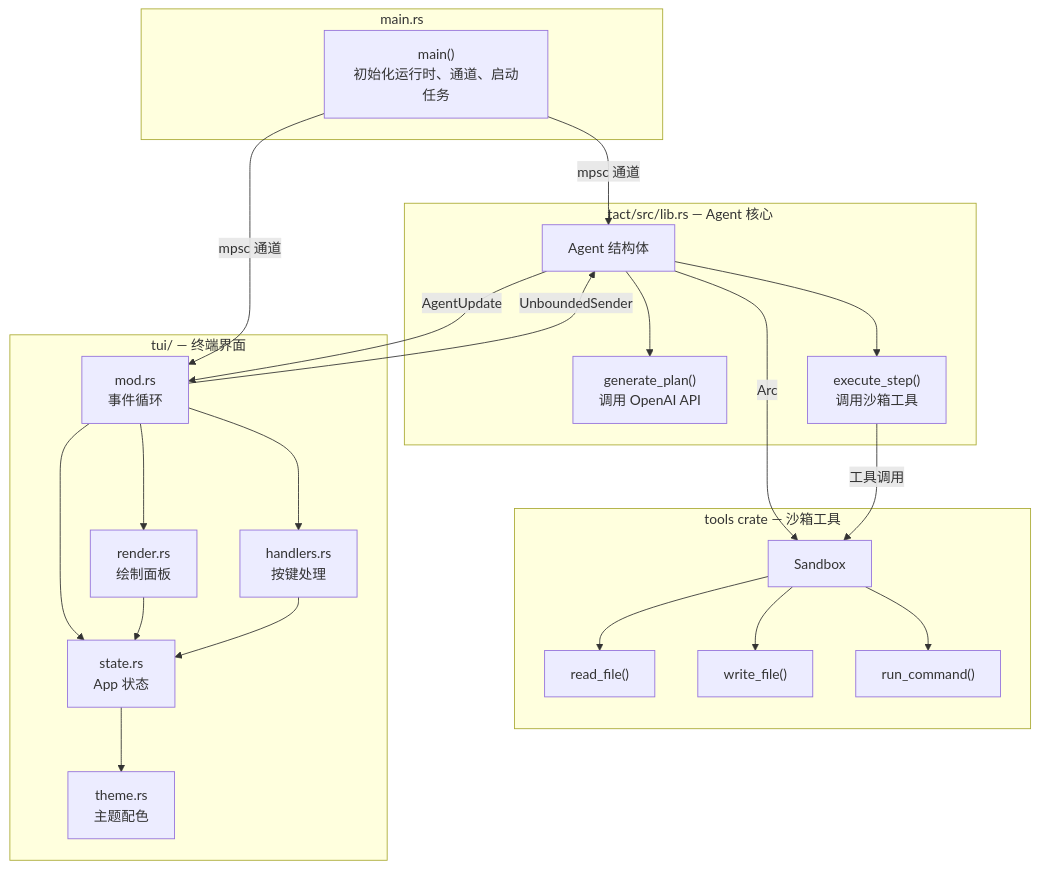
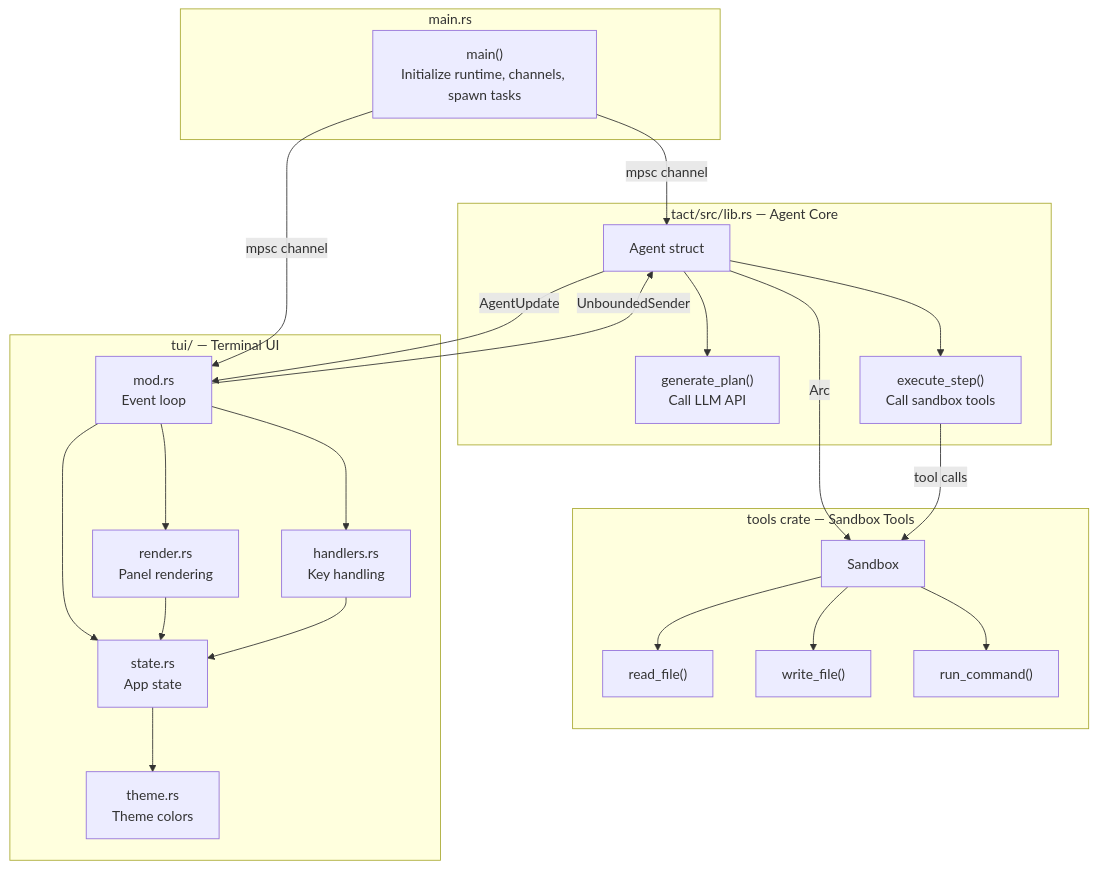
The second of 8 diagrams in ARCHITECTURE.md (Rg0x80/tact), drawn with Mermaid before and after one commit. The commit also changed other lines of this file and 50 other files, not shown here.

````diff
--- a/ARCHITECTURE.md
+++ b/ARCHITECTURE.md
@@ -34,45 +34,45 @@
 ```mermaid
 flowchart TB
     subgraph main["main.rs"]
-        M["main()<br/>初始化运行时、通道、启动任务"]
+        M["main()<br/>Initialize runtime, channels, spawn tasks"]
     end
 
-    subgraph agent_mod["tact/src/lib.rs — Agent 核心"]
-        A["Agent 结构体"]
-        AG["generate_plan()<br/>调用 OpenAI API"]
-        AE["execute_step()<br/>调用沙箱工具"]
+    subgraph agent_mod["tact/src/lib.rs — Agent Core"]
+        A["Agent struct"]
+        AG["generate_plan()<br/>Call LLM API"]
+        AE["execute_step()<br/>Call sandbox tools"]
         A --> AG
         A --> AE
     end
 
-    subgraph tools_mod["tools crate — 沙箱工具"]
+    subgraph tools_mod["tools crate — Sandbox Tools"]
         S["Sandbox"]
         SR["read_file()"]
         SW["write_file()"]
         SC["run_command()"]
         S --> SR
         S --> SW
         S --> SC
     end
 
-    subgraph tui_mod["tui/ — 终端界面"]
-        T["mod.rs<br/>事件循环"]
-        TH["handlers.rs<br/>按键处理"]
-        TR["render.rs<br/>绘制面板"]
-        TS["state.rs<br/>App 状态"]
-        TT["theme.rs<br/>主题配色"]
+    subgraph tui_mod["tui/ — Terminal UI"]
+        T["mod.rs<br/>Event loop"]
+        TH["handlers.rs<br/>Key handling"]
+        TR["render.rs<br/>Panel rendering"]
+        TS["state.rs<br/>App state"]
+        TT["theme.rs<br/>Theme colors"]
         T --> TH
         T --> TR
         T --> TS
         TR --> TS
         TH --> TS
         TS --> TT
     end
 
-    M -- "mpsc 通道" --> A
-    M -- "mpsc 通道" --> T
+    M -- "mpsc channel" --> A
+    M -- "mpsc channel" --> T
     A -- "Arc<Sandbox>" --> S
-    AE -- "工具调用" --> S
+    AE -- "tool calls" --> S
     T -- "UnboundedSender" --> A
     A -- "AgentUpdate" --> T
 ```
````
